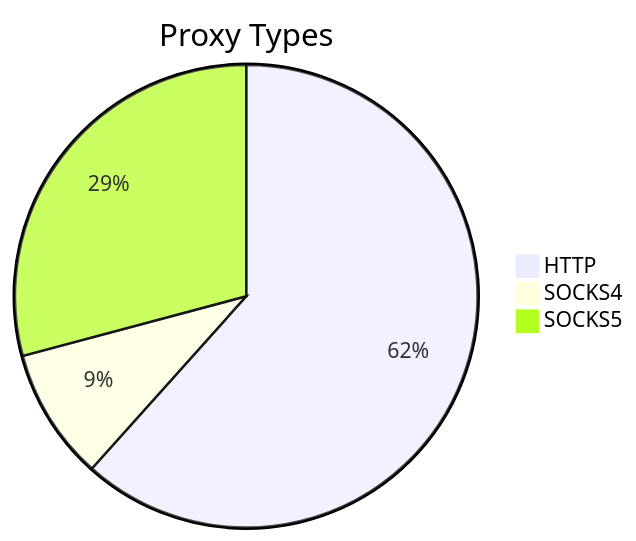
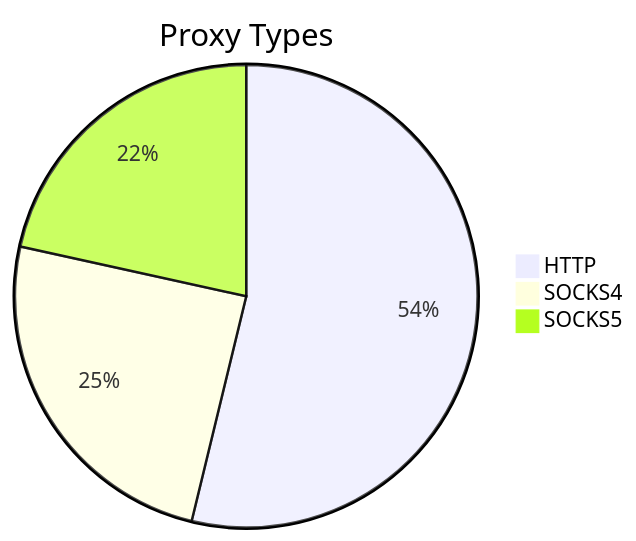
The first of 2 diagrams in README.md (stormsia/proxy-list), drawn with Mermaid before and after one commit. The commit also changed other lines of this file, not shown here.

````diff
--- a/README.md
+++ b/README.md
@@ -21,6 +21,6 @@
 ```mermaid
 pie title Proxy Types
-    "HTTP" : 167
-    "SOCKS4" : 25
-    "SOCKS5" : 79
+    "HTTP" : 312
+    "SOCKS4" : 143
+    "SOCKS5" : 125
 ```
````
